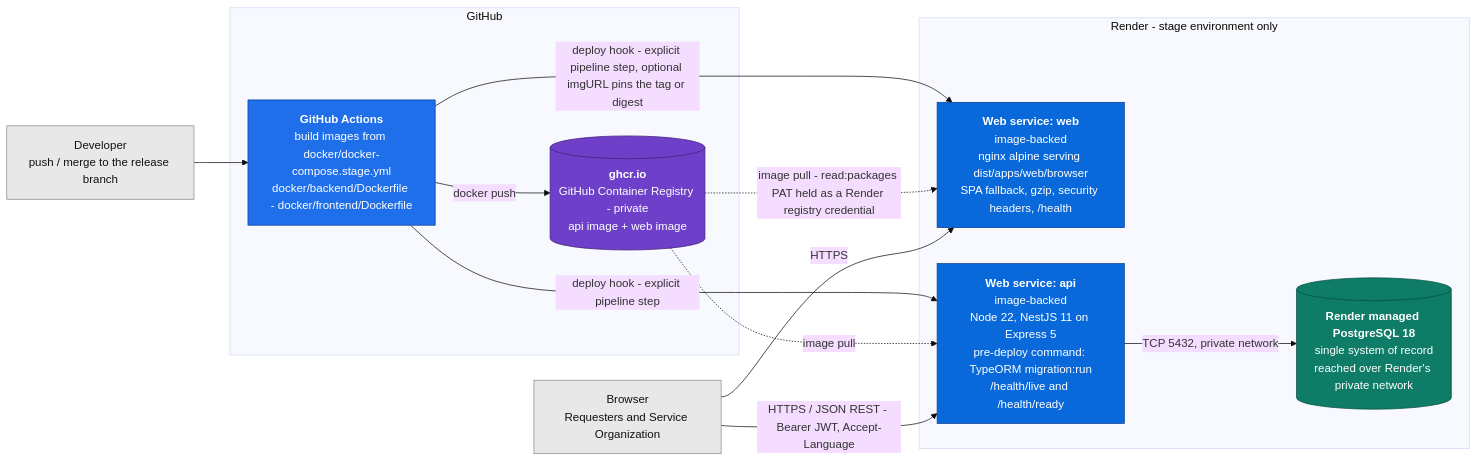
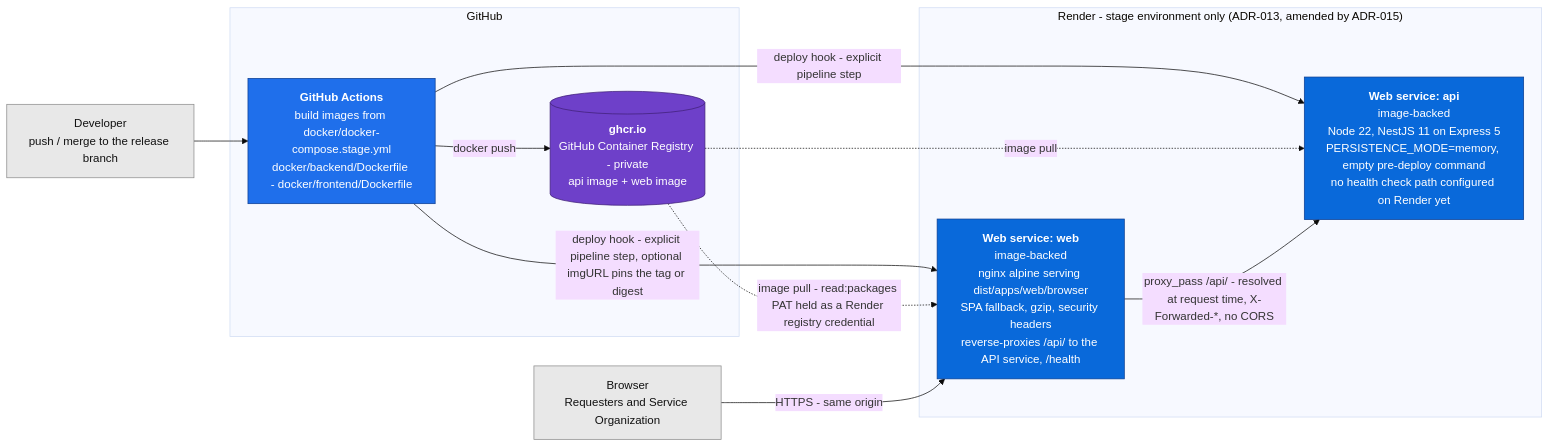
One commit to igomez-ai4devs-projects/AI4Devs-finalproject changed the fourth of 13 diagrams in readme.md. Above: the diagram before and after it, drawn with Mermaid (base theme). The commit also changed other lines of this file and 7 other files, not shown here.

````diff
--- a/readme.md
+++ b/readme.md
@@ -1208,39 +1228,35 @@
 ```mermaid
 flowchart LR
     DEV["Developer<br/>push / merge to the release branch"]
 
     subgraph GH["GitHub"]
         GHA["<b>GitHub Actions</b><br/>build images from docker/docker-compose.stage.yml<br/>docker/backend/Dockerfile - docker/frontend/Dockerfile"]
         GHCR[("<b>ghcr.io</b><br/>GitHub Container Registry - private<br/>api image + web image")]
     end
 
-    subgraph RND["Render - stage environment only"]
-        WEBSVC["<b>Web service: web</b><br/>image-backed<br/>nginx alpine serving dist/apps/web/browser<br/>SPA fallback, gzip, security headers, /health"]
-        APISVC["<b>Web service: api</b><br/>image-backed<br/>Node 22, NestJS 11 on Express 5<br/>pre-deploy command: TypeORM migration:run<br/>/health/live and /health/ready"]
-        PG[("<b>Render managed PostgreSQL 18</b><br/>single system of record<br/>reached over Render's private network")]
+    subgraph RND["Render - stage environment only (ADR-013, amended by ADR-015)"]
+        WEBSVC["<b>Web service: web</b><br/>image-backed<br/>nginx alpine serving dist/apps/web/browser<br/>SPA fallback, gzip, security headers<br/>reverse-proxies /api/ to the API service, /health"]
+        APISVC["<b>Web service: api</b><br/>image-backed<br/>Node 22, NestJS 11 on Express 5<br/>PERSISTENCE_MODE=memory, empty pre-deploy command<br/>no health check path configured on Render yet"]
     end
 
     USER["Browser<br/>Requesters and Service Organization"]
 
     DEV --> GHA
     GHA -->|"docker push"| GHCR
     GHA -->|"deploy hook - explicit pipeline step, optional imgURL pins the tag or digest"| WEBSVC
     GHA -->|"deploy hook - explicit pipeline step"| APISVC
     GHCR -.->|"image pull - read:packages PAT held as a Render registry credential"| WEBSVC
     GHCR -.->|"image pull"| APISVC
 
-    USER -->|"HTTPS"| WEBSVC
-    USER -->|"HTTPS / JSON REST - Bearer JWT, Accept-Language"| APISVC
-    APISVC -->|"TCP 5432, private network"| PG
+    USER -->|"HTTPS - same origin"| WEBSVC
+    WEBSVC -->|"proxy_pass /api/ - resolved at request time, X-Forwarded-*, no CORS"| APISVC
 
     classDef ci fill:#1f6feb,stroke:#0b3d91,color:#ffffff
     classDef reg fill:#6e40c9,stroke:#3f1f75,color:#ffffff
     classDef svc fill:#0969da,stroke:#0b3d91,color:#ffffff
-    classDef store fill:#0e7c66,stroke:#064e40,color:#ffffff
     classDef extn fill:#e8e8e8,stroke:#8b8b8b,color:#111111
     class GHA ci
     class GHCR reg
     class WEBSVC,APISVC svc
-    class PG store
     class DEV,USER extn
 ```
````
